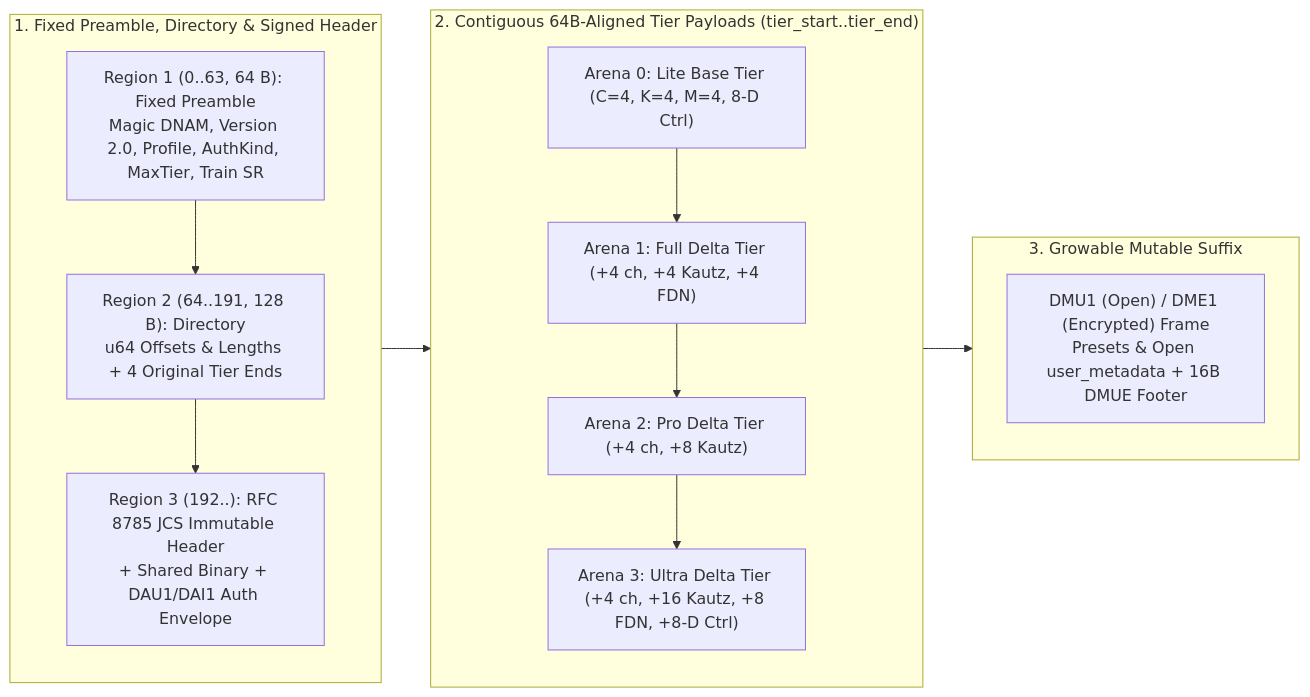
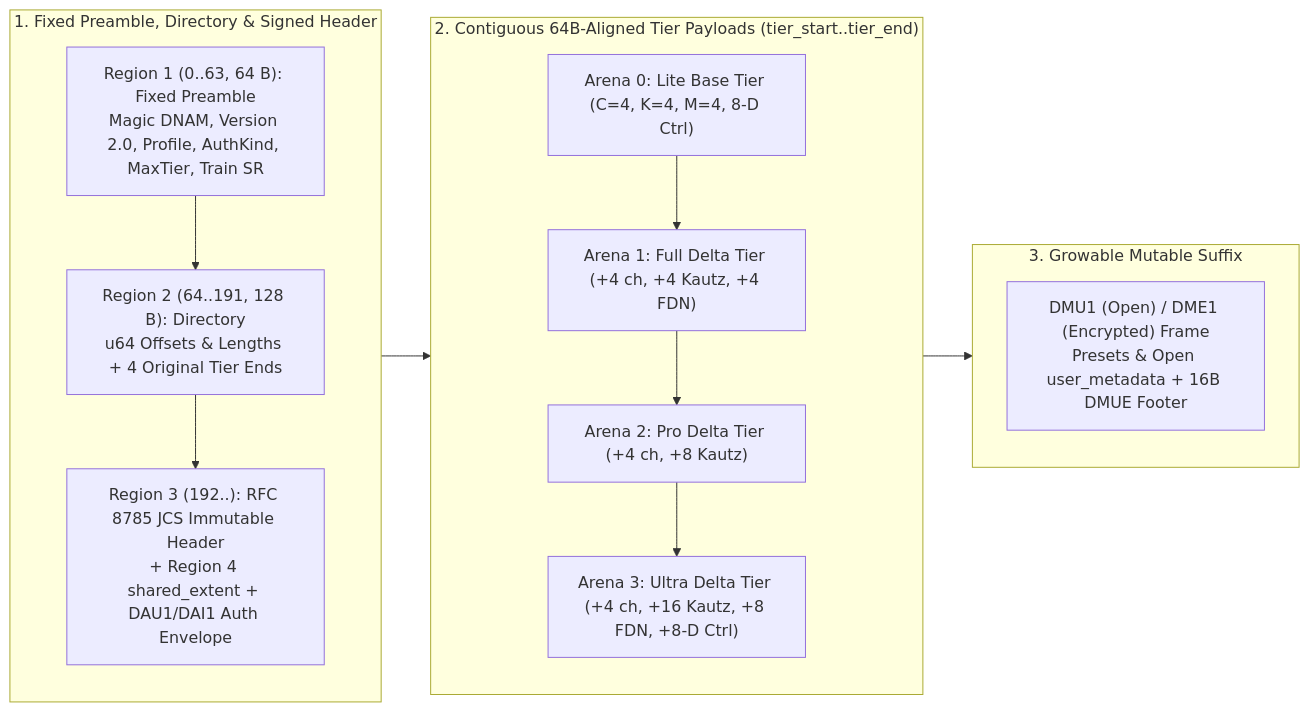
One commit to dnam-project/dnam changed the diagram in docs/specs/containers/dnam_binary_format.md. Above: the diagram before and after it, drawn with Mermaid. The commit also changed other lines of this file and 229 other files, not shown here.

````diff
--- a/docs/specs/containers/dnam_binary_format.md
+++ b/docs/specs/containers/dnam_binary_format.md
@@ -34,25 +34,25 @@
 ```mermaid
 flowchart LR
     subgraph Header ["1. Fixed Preamble, Directory & Signed Header"]
         direction TB
         P["Region 1 (0..63, 64 B): Fixed Preamble<br/>Magic DNAM, Version 2.0, Profile, AuthKind, MaxTier, Train SR"]
         D["Region 2 (64..191, 128 B): Directory<br/>u64 Offsets & Lengths + 4 Original Tier Ends"]
-        H["Region 3 (192..): RFC 8785 JCS Immutable Header<br/>+ Shared Binary + DAU1/DAI1 Auth Envelope"]
+        H["Region 3 (192..): RFC 8785 JCS Immutable Header<br/>+ Region 4 shared_extent + DAU1/DAI1 Auth Envelope"]
         P --> D --> H
     end
 
     subgraph Arenas ["2. Contiguous 64B-Aligned Tier Payloads (tier_start..tier_end)"]
         direction TB
         A0["Arena 0: Lite Base Tier (C=4, K=4, M=4, 8-D Ctrl)"]
         A1["Arena 1: Full Delta Tier (+4 ch, +4 Kautz, +4 FDN)"]
         A2["Arena 2: Pro Delta Tier (+4 ch, +8 Kautz)"]
         A3["Arena 3: Ultra Delta Tier (+4 ch, +16 Kautz, +8 FDN, +8-D Ctrl)"]
         A0 --> A1 --> A2 --> A3
     end
 
     subgraph Suffix ["3. Growable Mutable Suffix"]
         M["DMU1 (Open) / DME1 (Encrypted) Frame<br/>Presets & Open user_metadata + 16B DMUE Footer"]
     end
 
     Header --> Arenas --> Suffix
 ```
````
